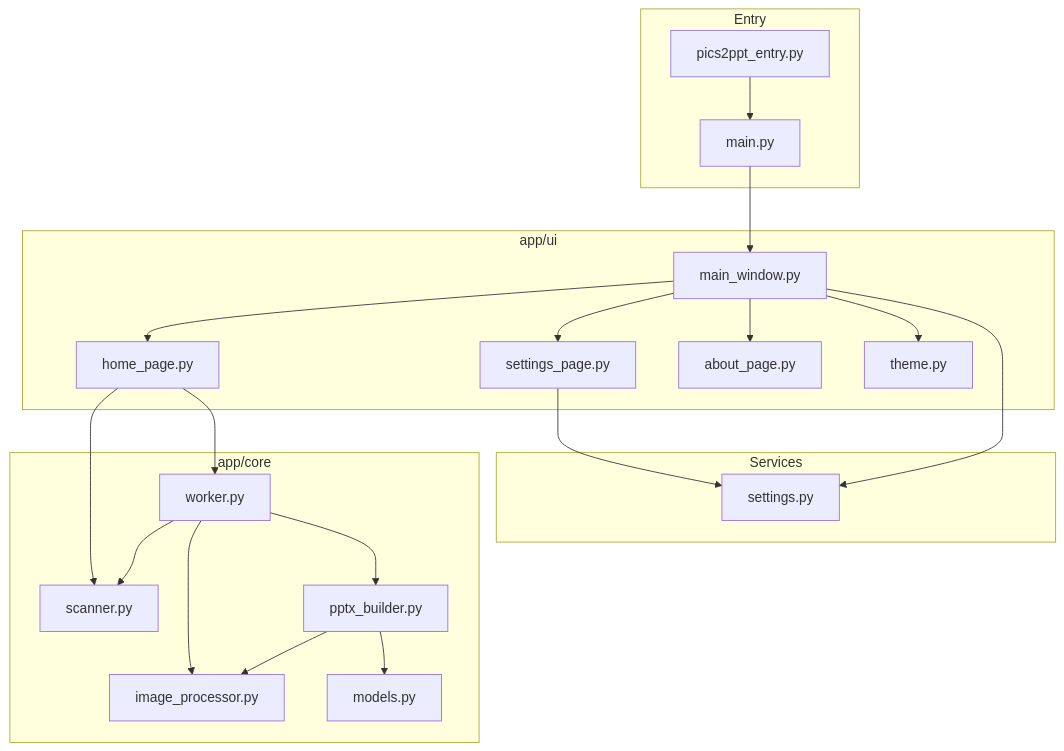
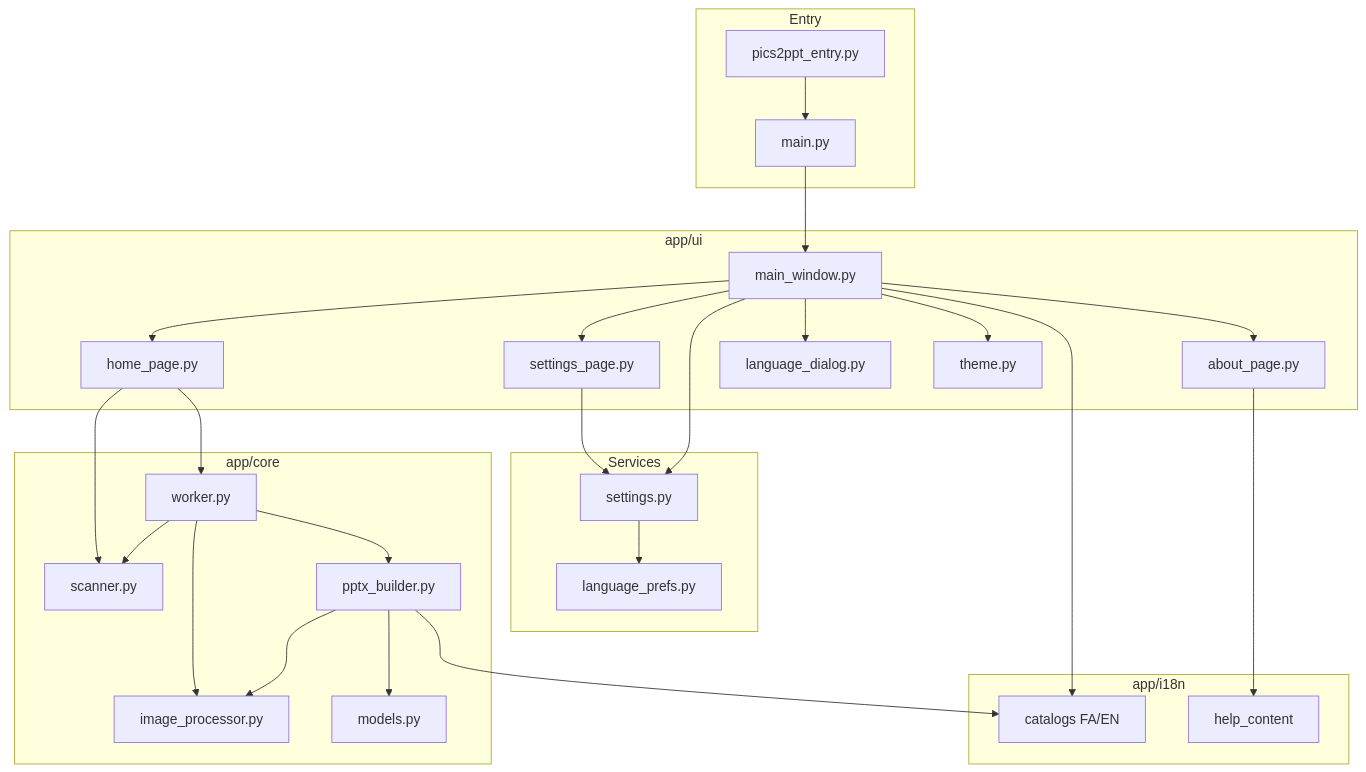
The first of 2 diagrams in docs/ARCHITECTURE.md (Ali-Rashidi-80/Pics2PPT), drawn with Mermaid before and after one commit. The commit also changed other lines of this file and 42 other files, not shown here.

````diff
--- a/docs/ARCHITECTURE.md
+++ b/docs/ARCHITECTURE.md
@@ -24,34 +24,44 @@
 ```mermaid
 flowchart TB
     subgraph Entry
         MAIN[main.py]
         ENTRY[pics2ppt_entry.py]
     end
     subgraph UI["app/ui"]
         MW[main_window.py]
         HP[home_page.py]
         SP[settings_page.py]
         AP[about_page.py]
+        LD[language_dialog.py]
         TH[theme.py]
     end
     subgraph Services
         SET[settings.py]
+        LP[language_prefs.py]
+    end
+    subgraph I18n["app/i18n"]
+        CAT[catalogs FA/EN]
+        HC[help_content]
     end
     subgraph Core["app/core"]
         SC[scanner.py]
         WK[worker.py]
         PB[pptx_builder.py]
         IP[image_processor.py]
         MD[models.py]
     end
     MAIN --> MW
     ENTRY --> MAIN
-    MW --> HP & SP & AP
+    MW --> HP & SP & AP & LD
     HP --> WK
     HP --> SC
+    SP --> SET
+    SET --> LP
+    MW --> CAT
+    MW --> SET
+    MW --> TH
     WK --> SC & PB & IP
     PB --> MD & IP
-    SP --> SET
-    MW --> SET
-    MW --> TH
+    PB --> CAT
+    AP --> HC
 ```
````
